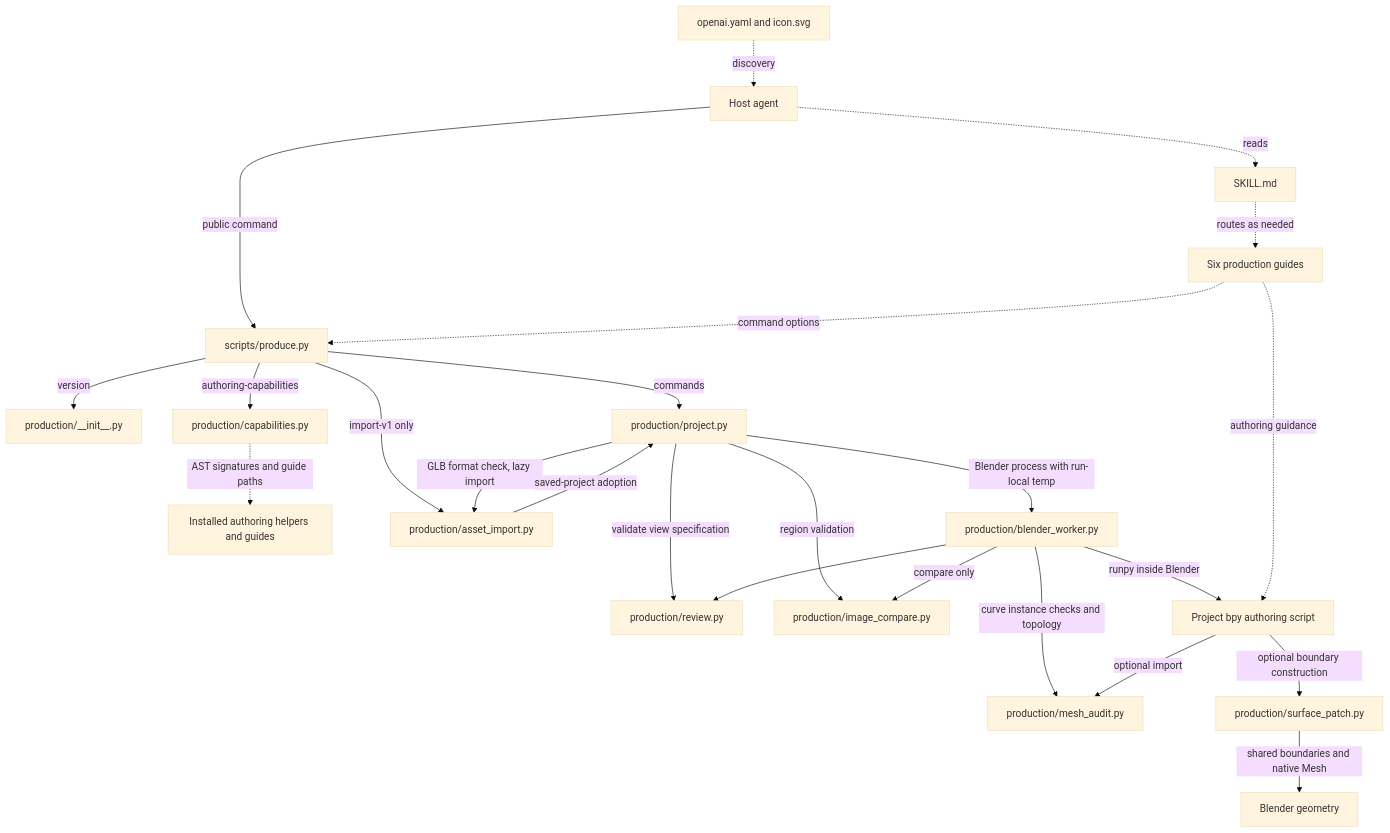
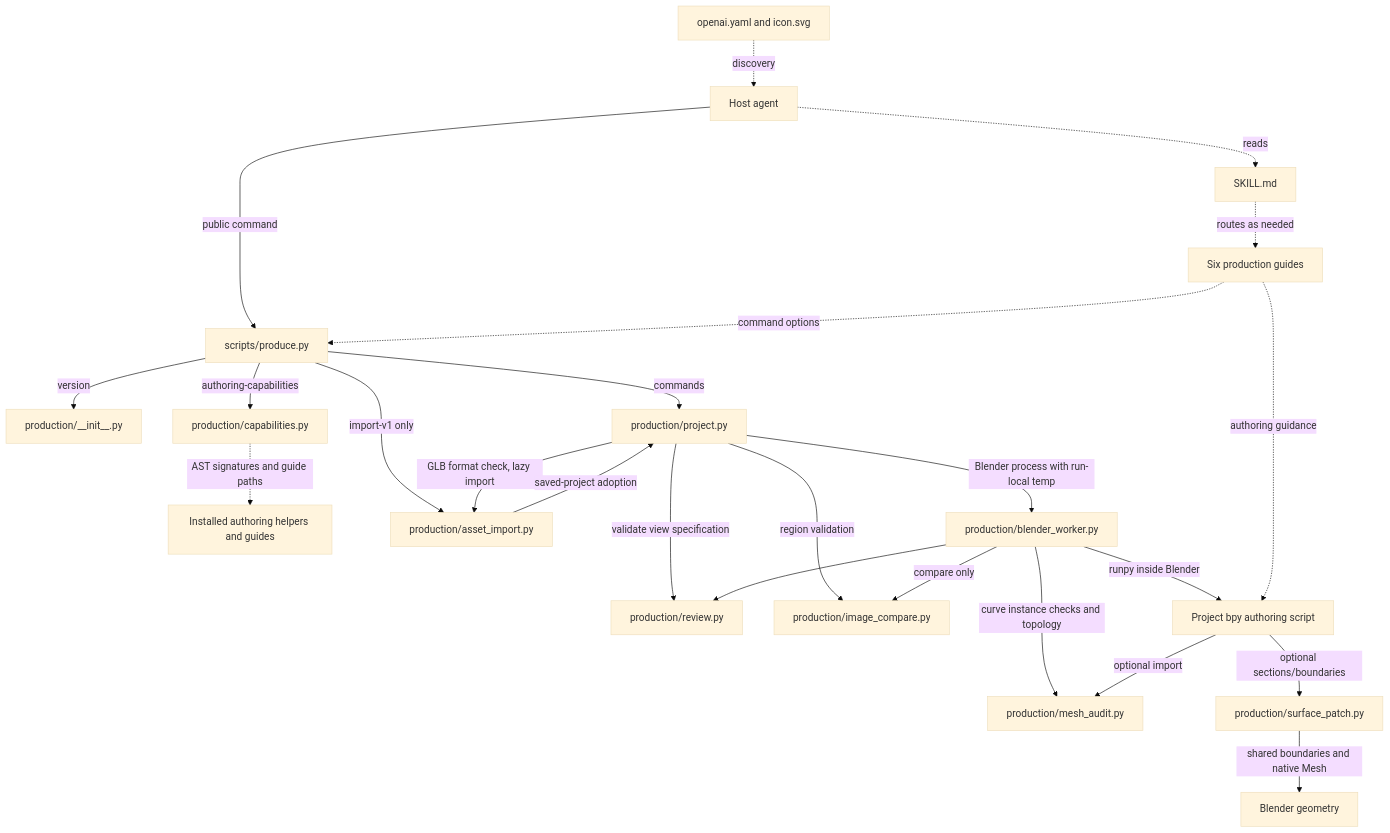
One commit to ictseoyoungmin/refas changed the first of 3 diagrams in docs/development/refas-2-skill-map.md. Above: the diagram before and after it, drawn with Mermaid (base theme). The commit also changed other lines of this file and 15 other files, not shown here.

````diff
--- a/docs/development/refas-2-skill-map.md
+++ b/docs/development/refas-2-skill-map.md
@@ -25,28 +25,28 @@
 ```mermaid
 flowchart TD
     Discovery["openai.yaml and icon.svg"] -. "discovery" .-> Agent["Host agent"]
     Agent -. "reads" .-> Skill["SKILL.md"]
     Skill -. "routes as needed" .-> Guides["Six production guides"]
     Agent -- "public command" --> CLI["scripts/produce.py"]
     Guides -. "command options" .-> CLI
 
     CLI -- "version" --> Identity["production/__init__.py"]
     CLI -- "authoring-capabilities" --> Catalogue["production/capabilities.py"]
     Catalogue -. "AST signatures and guide paths" .-> Helpers["Installed authoring helpers and guides"]
     CLI -- "commands" --> Project["production/project.py"]
     CLI -- "import-v1 only" --> Import["production/asset_import.py"]
     Project -- "GLB format check, lazy import" --> Import
     Import -- "saved-project adoption" --> Project
 
     Project -- "validate view specification" --> Review["production/review.py"]
     Project -- "Blender process with run-local temp" --> Worker["production/blender_worker.py"]
     Worker --> Review
     Project -- "region validation" --> Comparison["production/image_compare.py"]
     Worker -- "compare only" --> Comparison
     Worker -- "curve instance checks and topology" --> Audit["production/mesh_audit.py"]
     Worker -- "runpy inside Blender" --> Script["Project bpy authoring script"]
     Guides -. "authoring guidance" .-> Script
     Script -- "optional import" --> Audit
-    Script -- "optional boundary construction" --> Patch["production/surface_patch.py"]
+    Script -- "optional sections/boundaries" --> Patch["production/surface_patch.py"]
     Patch -- "shared boundaries and native Mesh" --> Geometry["Blender geometry"]
 ```
````
